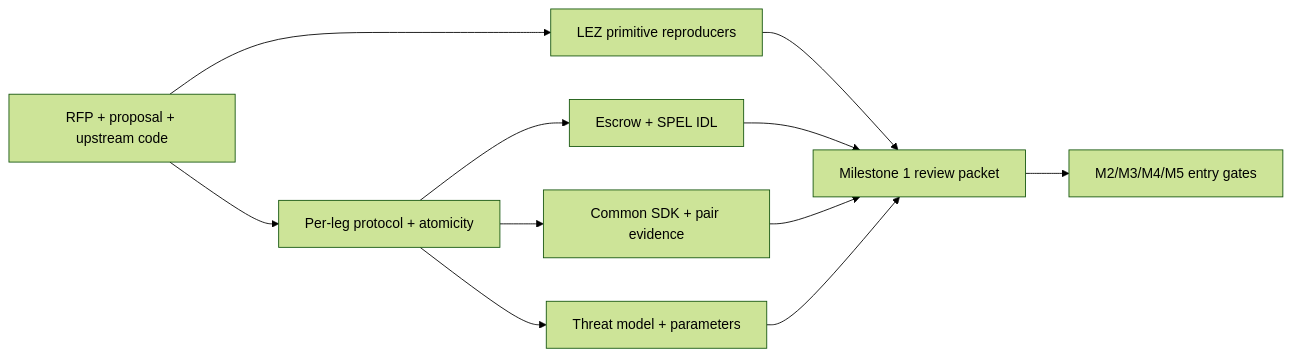
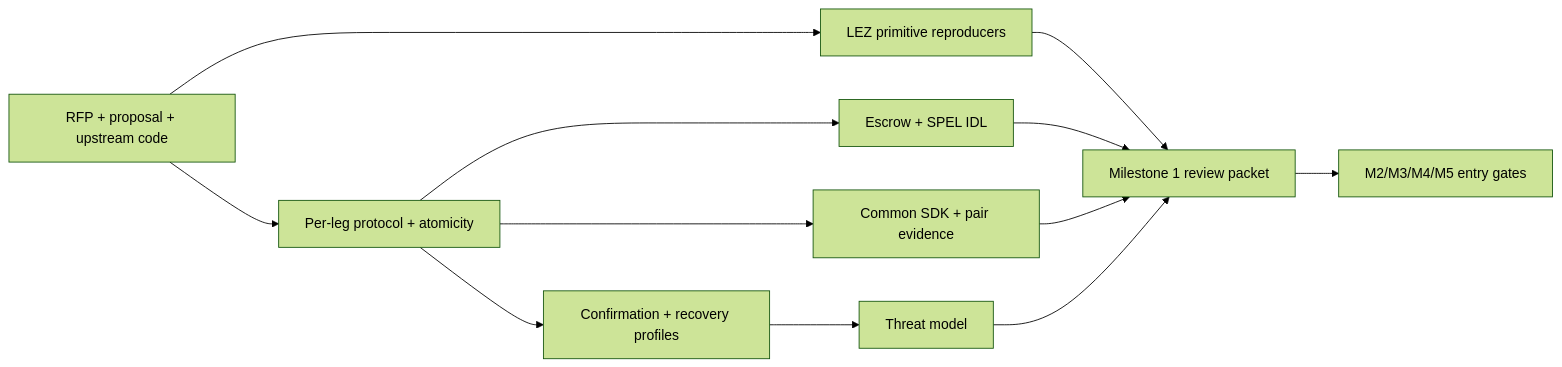
One commit to gateway-fm/lez-atomic-swaps changed the diagram in docs/milestone-1/README.md. Above: the diagram before and after it, drawn with Mermaid (forest theme). The commit also changed other lines of this file and 12 other files, not shown here.

Commit message:
docs: finalize milestone one architecture designs

````diff
--- a/docs/milestone-1/README.md
+++ b/docs/milestone-1/README.md
@@ -18,13 +19,14 @@
 ```mermaid
 flowchart LR
     Sources["RFP + proposal + upstream code"] --> Protocol["Per-leg protocol + atomicity"]
     Sources --> Primitives["LEZ primitive reproducers"]
     Protocol --> Escrow["Escrow + SPEL IDL"]
     Protocol --> SDK["Common SDK + pair evidence"]
-    Protocol --> Threats["Threat model + parameters"]
+    Protocol --> Parameters["Confirmation + recovery profiles"]
+    Parameters --> Threats["Threat model"]
     Primitives --> Review["Milestone 1 review packet"]
     Escrow --> Review
     SDK --> Review
     Threats --> Review
     Review --> Gates["M2/M3/M4/M5 entry gates"]
 ```
````
